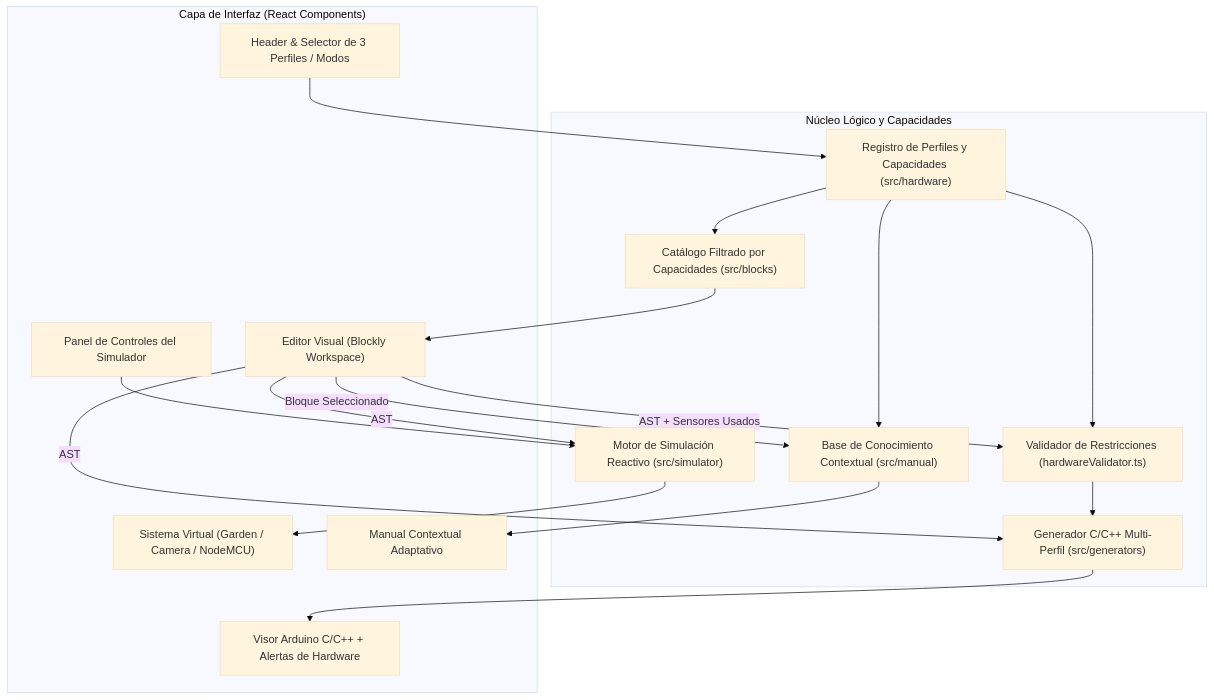
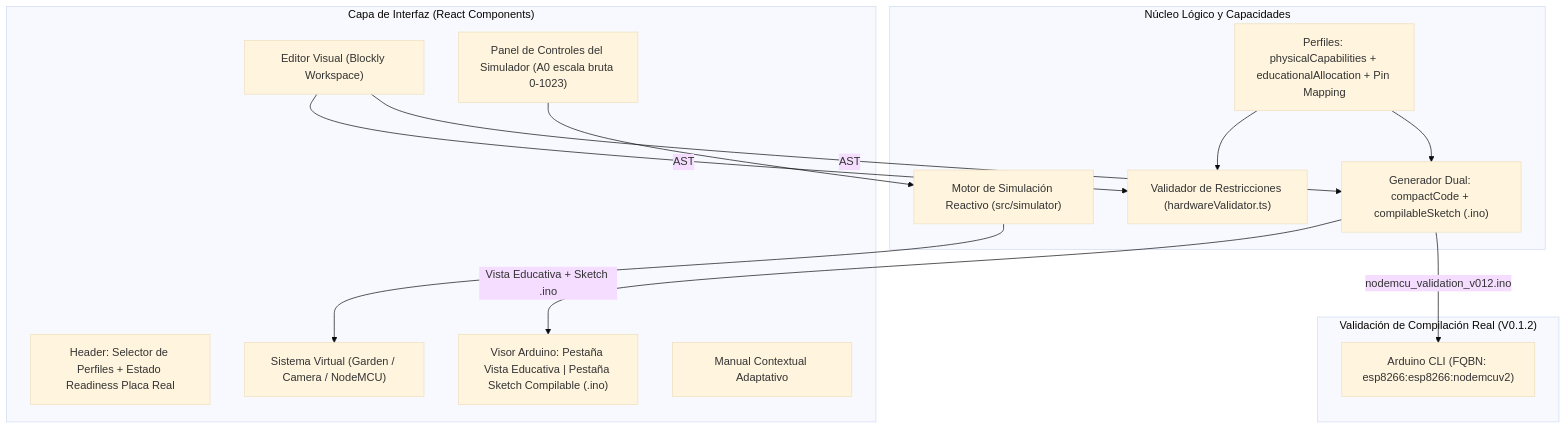
One commit to smarcelocejasgit/bi-tech-iot-studio changed the diagram in docs/ARCHITECTURE.md. Above: the diagram before and after it, drawn with Mermaid (base theme). The commit also changed other lines of this file and 22 other files, not shown here.

Commit message:
feat(v0.1.2): hardware readiness, compilable NodeMCU sketch, and Arduino CLI validation

````diff
--- a/docs/ARCHITECTURE.md
+++ b/docs/ARCHITECTURE.md
@@ -22,35 +25,31 @@
 ```mermaid
 flowchart TD
     subgraph UI["Capa de Interfaz (React Components)"]
-        Header["Header & Selector de 3 Perfiles / Modos"]
+        Header["Header: Selector de Perfiles + Estado Readiness Placa Real"]
         BlockEditor["Editor Visual (Blockly Workspace)"]
-        CodeViewer["Visor Arduino C/C++ + Alertas de Hardware"]
-        SimPanel["Panel de Controles del Simulador"]
+        CodeViewer["Visor Arduino: Pestaña Vista Educativa | Pestaña Sketch Compilable (.ino)"]
+        SimPanel["Panel de Controles del Simulador (A0 escala bruta 0-1023)"]
         VirtualSys["Sistema Virtual (Garden / Camera / NodeMCU)"]
         ContextManual["Manual Contextual Adaptativo"]
     end
 
     subgraph Core["Núcleo Lógico y Capacidades"]
-        HwRegistry["Registro de Perfiles y Capacidades (src/hardware)"]
+        HwRegistry["Perfiles: physicalCapabilities + educationalAllocation + Pin Mapping"]
         HwValidator["Validador de Restricciones (hardwareValidator.ts)"]
-        BlockDefs["Catálogo Filtrado por Capacidades (src/blocks)"]
-        ArduinoGen["Generador C/C++ Multi-Perfil (src/generators)"]
+        ArduinoGen["Generador Dual: compactCode + compilableSketch (.ino)"]
         SimEngine["Motor de Simulación Reactivo (src/simulator)"]
-        ManualDB["Base de Conocimiento Contextual (src/manual)"]
     end
 
-    Header --> HwRegistry
-    HwRegistry --> BlockDefs
-    BlockDefs --> BlockEditor
-    BlockEditor -->|AST + Sensores Usados| HwValidator
+    subgraph Toolchain["Validación de Compilación Real (V0.1.2)"]
+        ArduinoCLI["Arduino CLI (FQBN: esp8266:esp8266:nodemcuv2)"]
+    end
+
+    BlockEditor -->|AST| HwValidator
     HwRegistry --> HwValidator
-    HwValidator --> ArduinoGen
     BlockEditor -->|AST| ArduinoGen
-    BlockEditor -->|AST| SimEngine
-    BlockEditor -->|Bloque Seleccionado| ManualDB
-    HwRegistry --> ManualDB
-    ArduinoGen --> CodeViewer
+    HwRegistry --> ArduinoGen
+    ArduinoGen -->|Vista Educativa + Sketch .ino| CodeViewer
+    ArduinoGen -->|nodemcu_validation_v012.ino| ArduinoCLI
     SimPanel --> SimEngine
     SimEngine --> VirtualSys
-    ManualDB --> ContextManual
 ```
````
